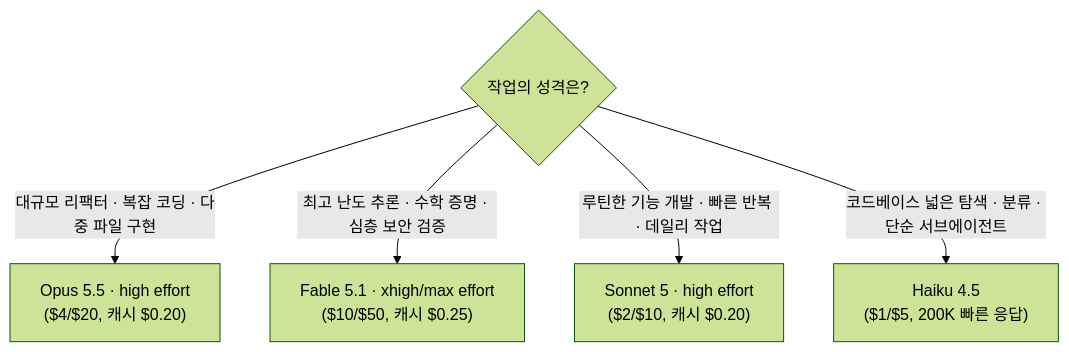
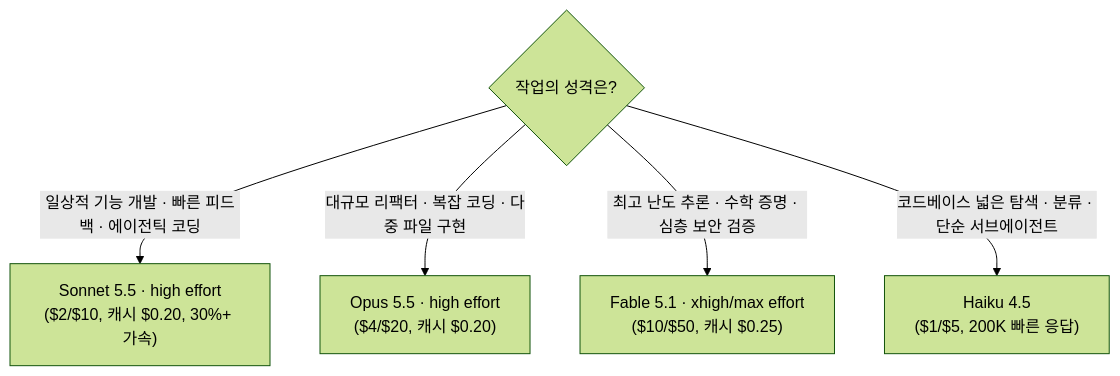
The diagram in content/03-models.md (lsszz2100/claude-code-master-class), drawn with Mermaid (forest theme) before and after one commit. The commit also changed other lines of this file and 6 other files, not shown here.

````diff
--- a/content/03-models.md
+++ b/content/03-models.md
@@ -135,8 +149,8 @@
 ```mermaid
 flowchart TD
     Q{"작업의 성격은?"}
+    Q -->|"일상적 기능 개발 · 빠른 피드백 · 에이전틱 코딩"| S["Sonnet 5.5 · high effort<br/>($2/$10, 캐시 $0.20, 30%+ 가속)"]
     Q -->|"대규모 리팩터 · 복잡 코딩 · 다중 파일 구현"| O["Opus 5.5 · high effort<br/>($4/$20, 캐시 $0.20)"]
     Q -->|"최고 난도 추론 · 수학 증명 · 심층 보안 검증"| F["Fable 5.1 · xhigh/max effort<br/>($10/$50, 캐시 $0.25)"]
-    Q -->|"루틴한 기능 개발 · 빠른 반복 · 데일리 작업"| S["Sonnet 5 · high effort<br/>($2/$10, 캐시 $0.20)"]
     Q -->|"코드베이스 넓은 탐색 · 분류 · 단순 서브에이전트"| H["Haiku 4.5<br/>($1/$5, 200K 빠른 응답)"]
 ```
````
